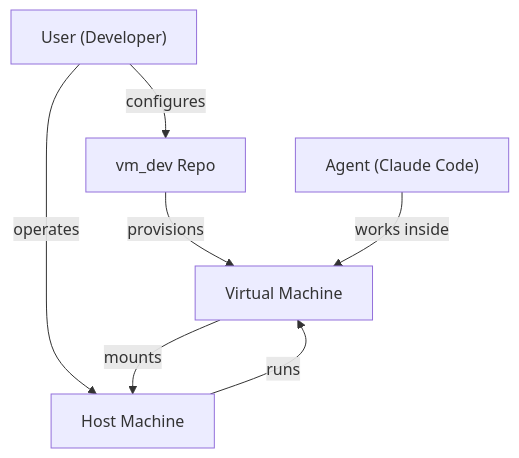
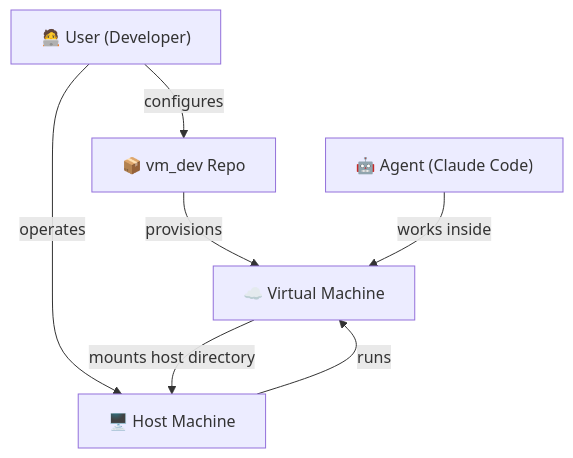
Before and after one commit to konradzagozda/vm: the diagram in docs/architecture.md, drawn with Mermaid.

Commit message:
Add emoji icons and clarify mount relationship

````diff
--- a/docs/architecture.md
+++ b/docs/architecture.md
@@ -5,15 +5,15 @@
 ```mermaid
 graph TB
-  User["User (Developer)"]
-  Agent["Agent (Claude Code)"]
-  Host["Host Machine"]
-  Repo["vm_dev Repo"]
-  VM["Virtual Machine"]
+  User["🧑‍💻 User (Developer)"]
+  Agent["🤖 Agent (Claude Code)"]
+  Host["🖥️ Host Machine"]
+  Repo["📦 vm_dev Repo"]
+  VM["☁️ Virtual Machine"]
 
   User -->|configures| Repo
   User -->|operates| Host
   Repo -->|provisions| VM
   Host -->|runs| VM
   Agent -->|works inside| VM
-  VM -->|mounts| Host
+  VM -->|mounts host directory| Host
 ```
````
